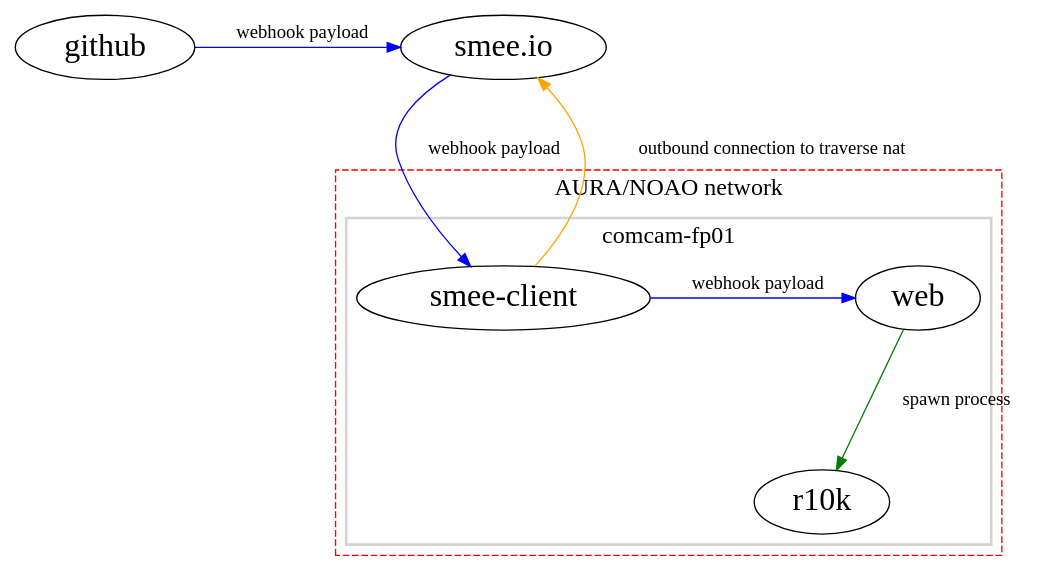
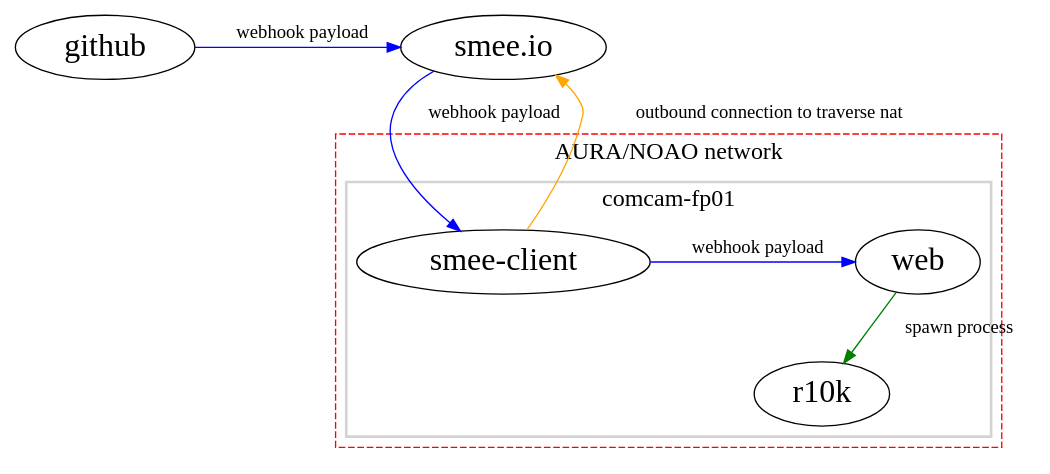
The diagram in _static/foreman_smee.dot (LSST-IT/ittn-001), drawn with Graphviz before and after one commit. The commit also changed 1 other file, not shown here.

Commit message:
compact r10k graph

```diff
--- a/_static/foreman_smee.dot
+++ b/_static/foreman_smee.dot
@@ -1,56 +1,56 @@
 digraph top {
 //  dpi=100
-  ranksep=1.25
+  ranksep=0.5
   rankdir=TB
   overlap=false
   clusterrank=local
 
   {
     node [shape=ellipse fontsize=24 style=filled fillcolor=white]
     github [label="github"]
     smee [label="smee.io"]
     smeeclient [label="smee-client"]
     web [label="web"]
     r10k [label="r10k"]
   }
 
   subgraph cluster_0 {
     color=red
     fontsize=18
     style=dashed
     label="AURA/NOAO network"
 
     subgraph cluster_1 {
       color=lightgrey
       fontsize=18
       style=bold
       label="comcam-fp01"
 
       smeeclient
       web
       r10k
       {
         rank=same
         smeeclient
         web
       }
     }
   }
 
   {
     rank=same
     github
     smee
   }
 
   edge [color=blue]
   github -> smee [label="   webhook payload"]
   smeeclient -> web [label="   webhook payload"]
   smee -> smeeclient [label="   webhook payload"]
 
   edge [color=orange]
   smeeclient -> smee [label="   outbound connection to traverse nat"]
 
   edge [color=green]
   web -> r10k [label="   spawn process"]
 }
```
